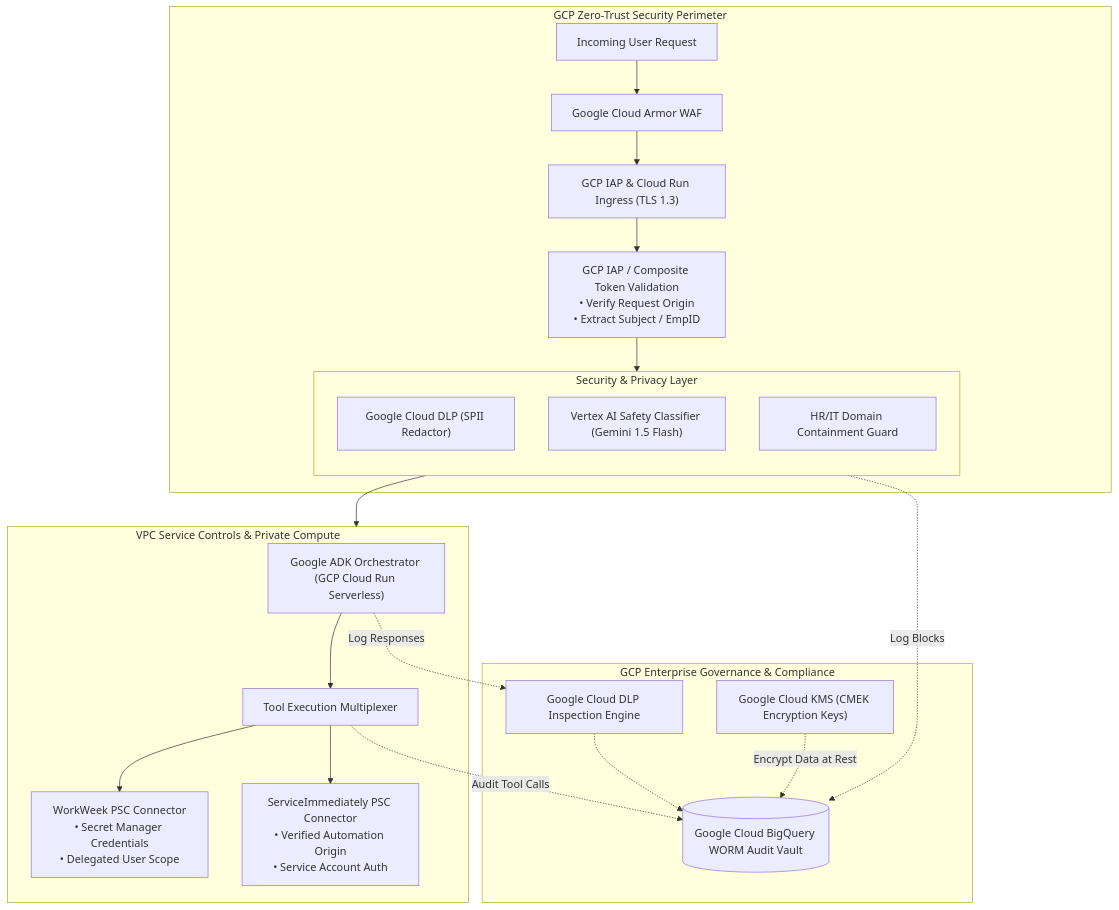
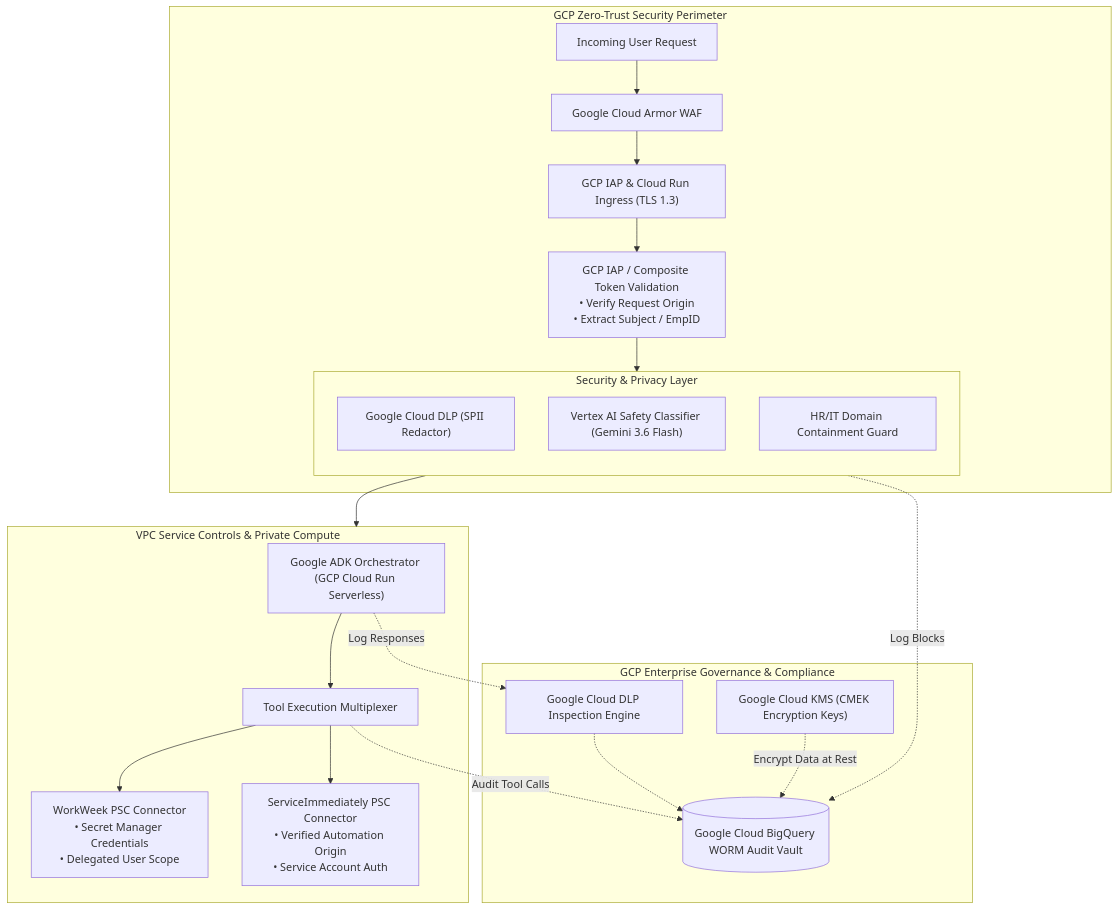
Before and after one commit to SushantJagdale/elevate-hr-agentic-solution: the seventh of 10 diagrams in Consolidated_SDD.md, drawn with Mermaid. The commit also changed other lines of this file, not shown here.

````diff
--- a/Consolidated_SDD.md
+++ b/Consolidated_SDD.md
@@ -509,38 +509,38 @@
 ```mermaid
 flowchart TD
     subgraph ZeroTrustPerimeter ["GCP Zero-Trust Security Perimeter"]
         ClientReq["Incoming User Request"] --> CloudArmor["Google Cloud Armor WAF"]
         CloudArmor --> TLS["GCP IAP & Cloud Run Ingress (TLS 1.3)"]
         TLS --> TokenVal["GCP IAP / Composite Token Validation\n• Verify Request Origin\n• Extract Subject / EmpID"]
         
         TokenVal --> SecFilter["GCP Security & Privacy Interceptor"]
         
         subgraph SecFilter ["Security & Privacy Layer"]
             direction TB
             PIIMask["Google Cloud DLP (SPII Redactor)"]
-            InjCheck["Vertex AI Safety Classifier (Gemini 1.5 Flash)"]
+            InjCheck["Vertex AI Safety Classifier (Gemini 3.6 Flash)"]
             TopicBound["HR/IT Domain Containment Guard"]
         end
     end
 
     SecFilter --> IsolatedVPC["GCP VPC-SC Isolated Agent Core"]
 
     subgraph IsolatedVPC ["VPC Service Controls & Private Compute"]
         AgentEngine["Google ADK Orchestrator (GCP Cloud Run Serverless)"]
         AgentEngine --> ToolCallMux["Tool Execution Multiplexer"]
         
         ToolCallMux --> WW_ACL["WorkWeek PSC Connector\n• Secret Manager Credentials\n• Delegated User Scope"]
         ToolCallMux --> SM_ACL["ServiceImmediately PSC Connector\n• Verified Automation Origin\n• Service Account Auth"]
     end
 
     subgraph GovernanceAudit ["GCP Enterprise Governance & Compliance"]
         WORM[("Google Cloud BigQuery WORM Audit Vault")]
         DLP["Google Cloud DLP Inspection Engine"]
         KMS["Google Cloud KMS (CMEK Encryption Keys)"]
     end
 
     ToolCallMux -.->|Audit Tool Calls| WORM
     SecFilter -.->|Log Blocks| WORM
     AgentEngine -.->|Log Responses| DLP -.-> WORM
     KMS -.->|Encrypt Data at Rest| WORM
 ```
````
